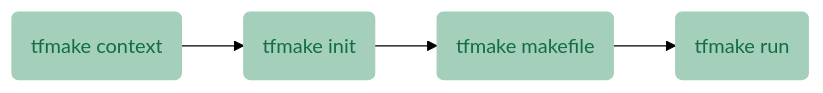
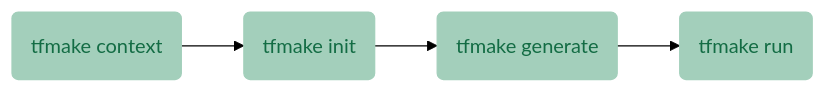
One commit to tfmake/tfmake changed the diagram in README.md. Above: the diagram before and after it, drawn with Mermaid (forest theme). The commit also changed other lines of this file and 9 other files, not shown here.

Commit message:
chore: deprecate makefile command, use generate instead

````diff
--- a/README.md
+++ b/README.md
@@ -89,18 +89,18 @@
 ```mermaid
 flowchart LR
 
 classDef primary fill:#a3cfbb,stroke:#a3cfbb,color:#136c44;
 classDef secondary fill:#fee69b,stroke:#fee69b,color:#987405;
 
 context("tfmake context")
 init("tfmake init")
-makefile("tfmake makefile")
+generate("tfmake generate")
 run("tfmake run")
 
-context --> init --> makefile --> run
+context --> init --> generate --> run
 
 context:::primary
 init:::primary
-makefile:::primary
+generate:::primary
 run:::primary
 ```
````
